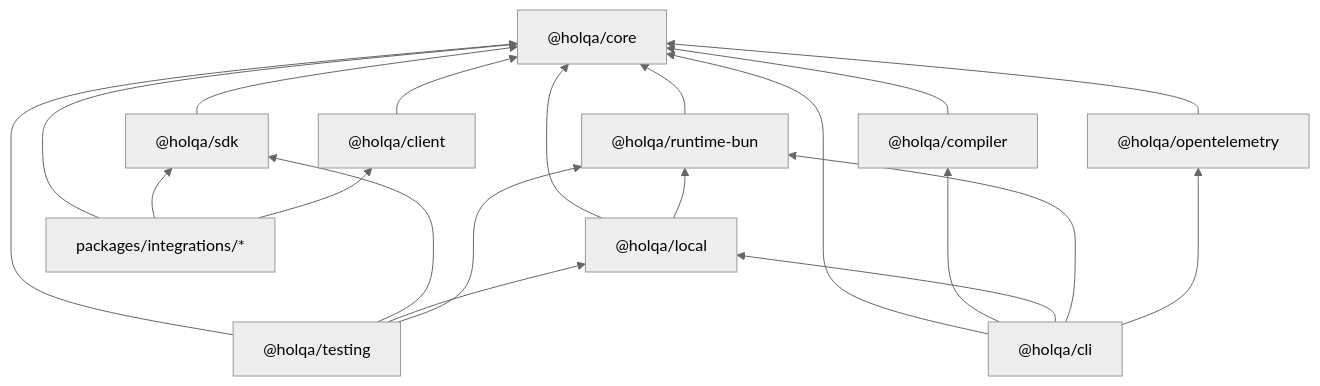
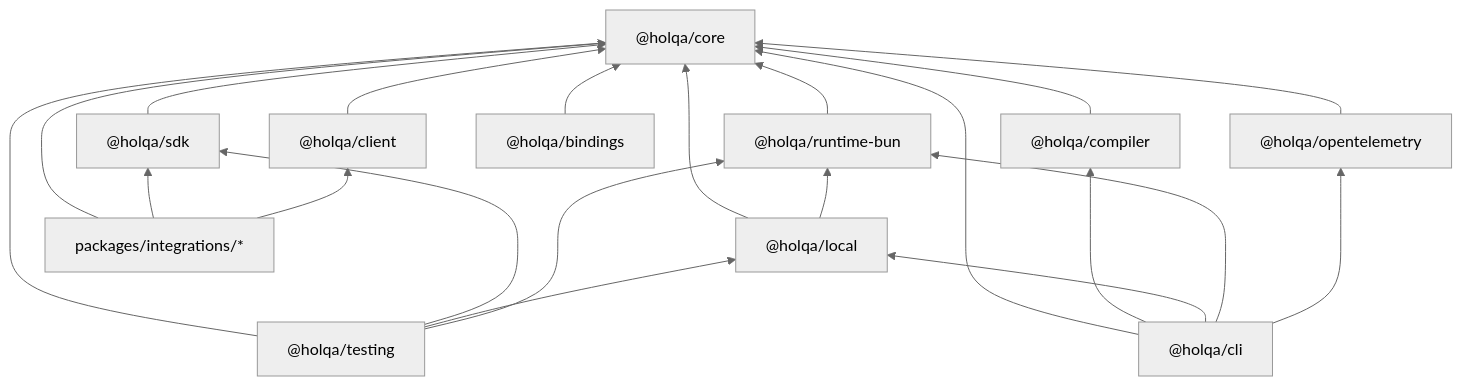
Before and after one commit to SrKleRAimBot/holqa: the diagram in docs/architecture/package-boundaries.md, drawn with Mermaid (neutral theme). The commit also changed other lines of this file and 42 other files, not shown here.

````diff
--- a/docs/architecture/package-boundaries.md
+++ b/docs/architecture/package-boundaries.md
@@ -28,22 +29,24 @@
 ```mermaid
 flowchart BT
   core["@holqa/core"]
   sdk["@holqa/sdk"]
   client["@holqa/client"]
   compiler["@holqa/compiler"]
   runtime["@holqa/runtime-bun"]
   local["@holqa/local"]
+  bindings["@holqa/bindings"]
   testing["@holqa/testing"]
   cli["@holqa/cli"]
   integrations["packages/integrations/*"]
   otel["@holqa/opentelemetry"]
   sdk --> core
   client --> core
   compiler --> core
   runtime --> core
   local --> core & runtime
+  bindings --> core
   testing --> core & sdk & local & runtime
   cli --> core & compiler & local & runtime & otel
   integrations --> core & sdk & client
   otel --> core
 ```
````
